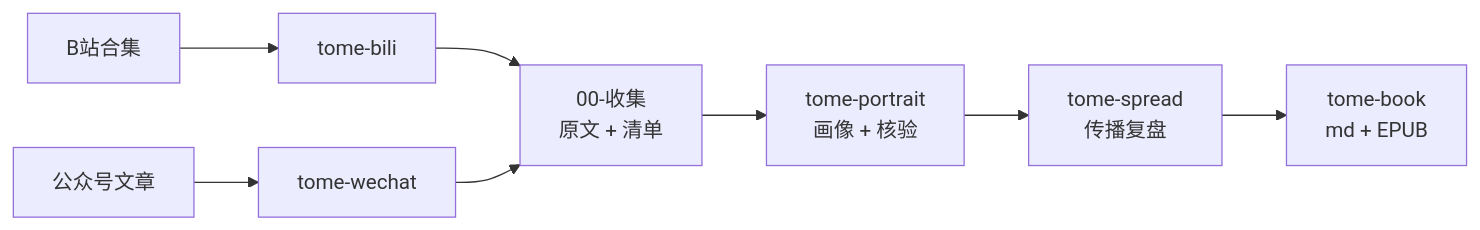
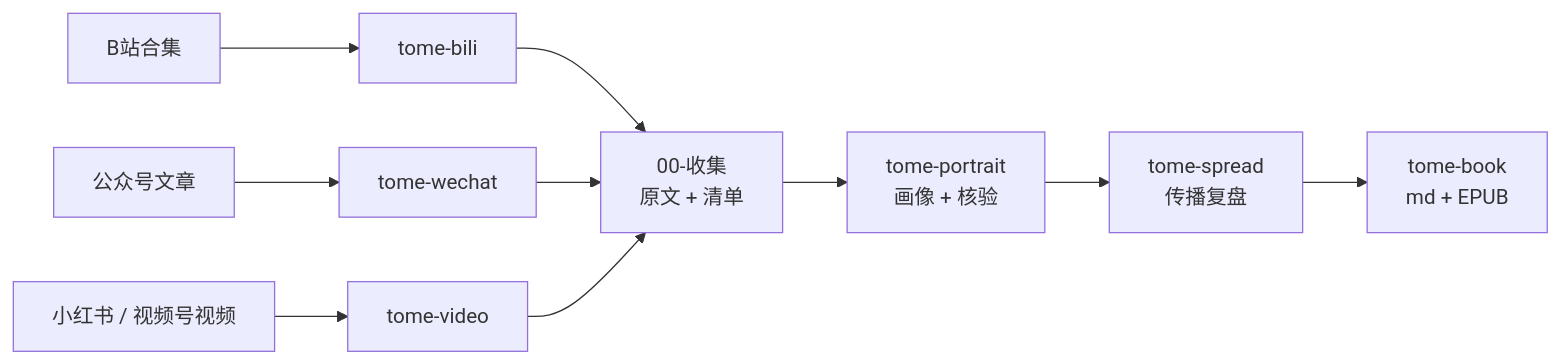
One commit to ink110/tome changed the diagram in README.md. Above: the diagram before and after it, drawn with Mermaid. The commit also changed other lines of this file and 9 other files, not shown here.

First line of the commit message:
Add tome-video skill for Xiaohongshu and video channel notes

````diff
--- a/README.md
+++ b/README.md
@@ -53,10 +53,12 @@
 ```mermaid
 flowchart LR
     A[B站合集] --> C[tome-bili]
     B[公众号文章] --> D[tome-wechat]
+    V[小红书 / 视频号视频] --> W[tome-video]
     C --> E[00-收集<br/>原文 + 清单]
     D --> E
+    W --> E
     E --> F[tome-portrait<br/>画像 + 核验]
     F --> G[tome-spread<br/>传播复盘]
     G --> H[tome-book<br/>md + EPUB]
 ```
````
